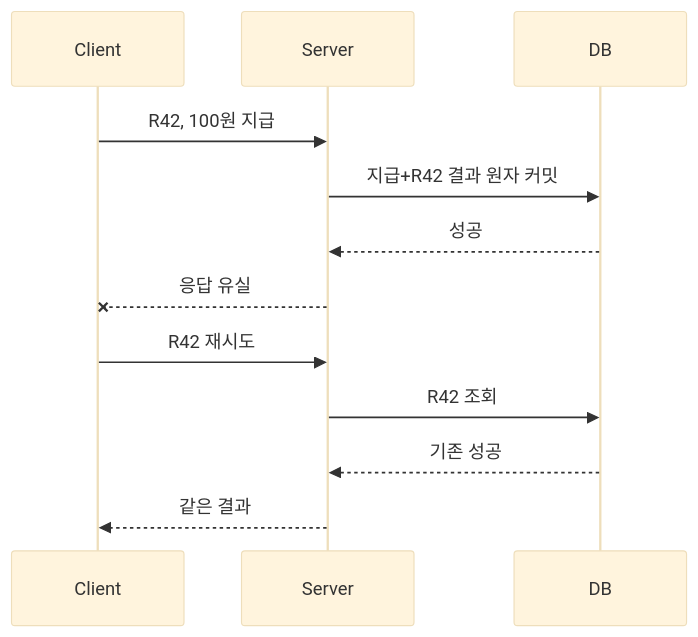
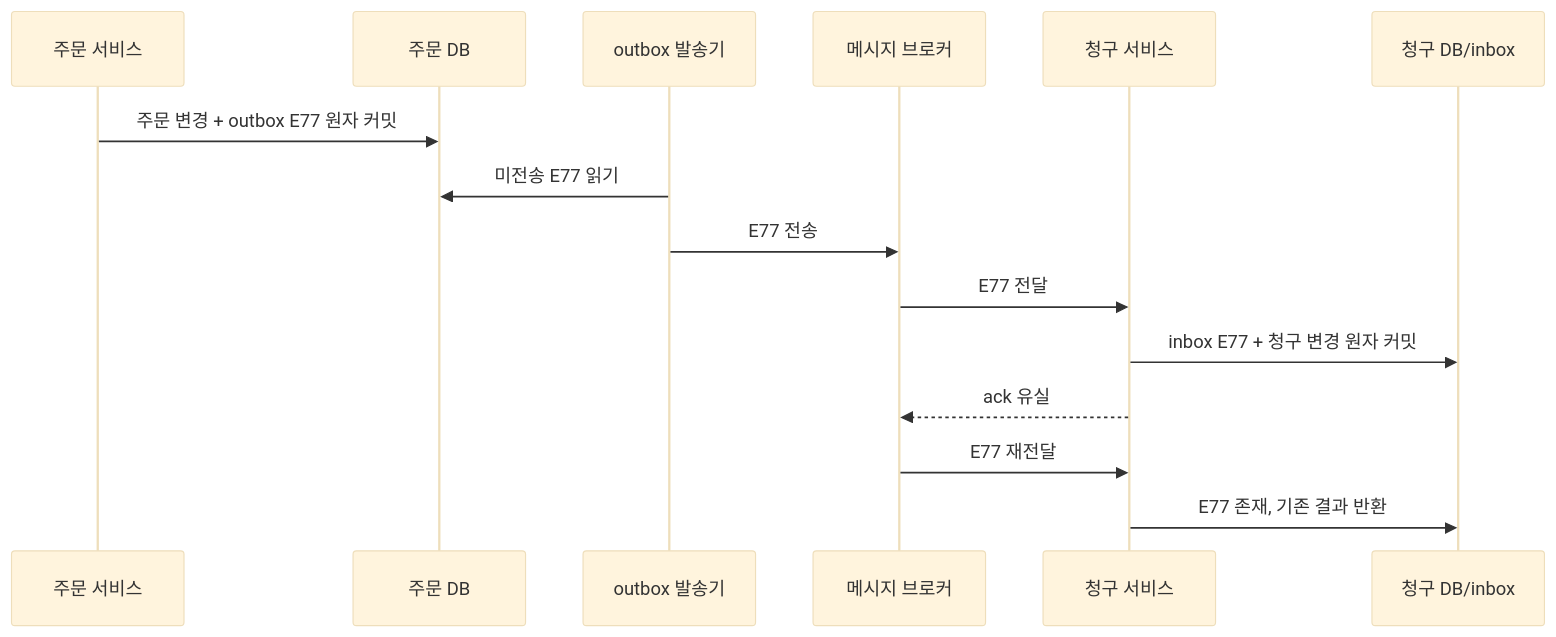
Before and after one commit to mj006648/netai-devsecops-runbook: the diagram in learning/distributed-systems/09-retries-idempotency-and-deduplication.md, drawn with Mermaid (base theme). The commit also changed other lines of this file and 68 other files, not shown here.

````diff
--- a/learning/distributed-systems/09-retries-idempotency-and-deduplication.md
+++ b/learning/distributed-systems/09-retries-idempotency-and-deduplication.md
@@ -145,14 +75,17 @@
-```mermaid
+~~~mermaid
 sequenceDiagram
- participant C as Client
- participant S as Server
- participant D as DB
- C->>S: R42, 100원 지급
- S->>D: 지급+R42 결과 원자 커밋
- D-->>S: 성공
- S--xC: 응답 유실
- C->>S: R42 재시도
- S->>D: R42 조회
- D-->>S: 기존 성공
- S-->>C: 같은 결과
-```
+    participant O as 주문 서비스
+    participant D as 주문 DB
+    participant P as outbox 발송기
+    participant Q as 메시지 브로커
+    participant B as 청구 서비스
+    participant X as 청구 DB/inbox
+    O->>D: 주문 변경 + outbox E77 원자 커밋
+    P->>D: 미전송 E77 읽기
+    P->>Q: E77 전송
+    Q->>B: E77 전달
+    B->>X: inbox E77 + 청구 변경 원자 커밋
+    B-->>Q: ack 유실
+    Q->>B: E77 재전달
+    B->>X: E77 존재, 기존 결과 반환
+~~~
````
